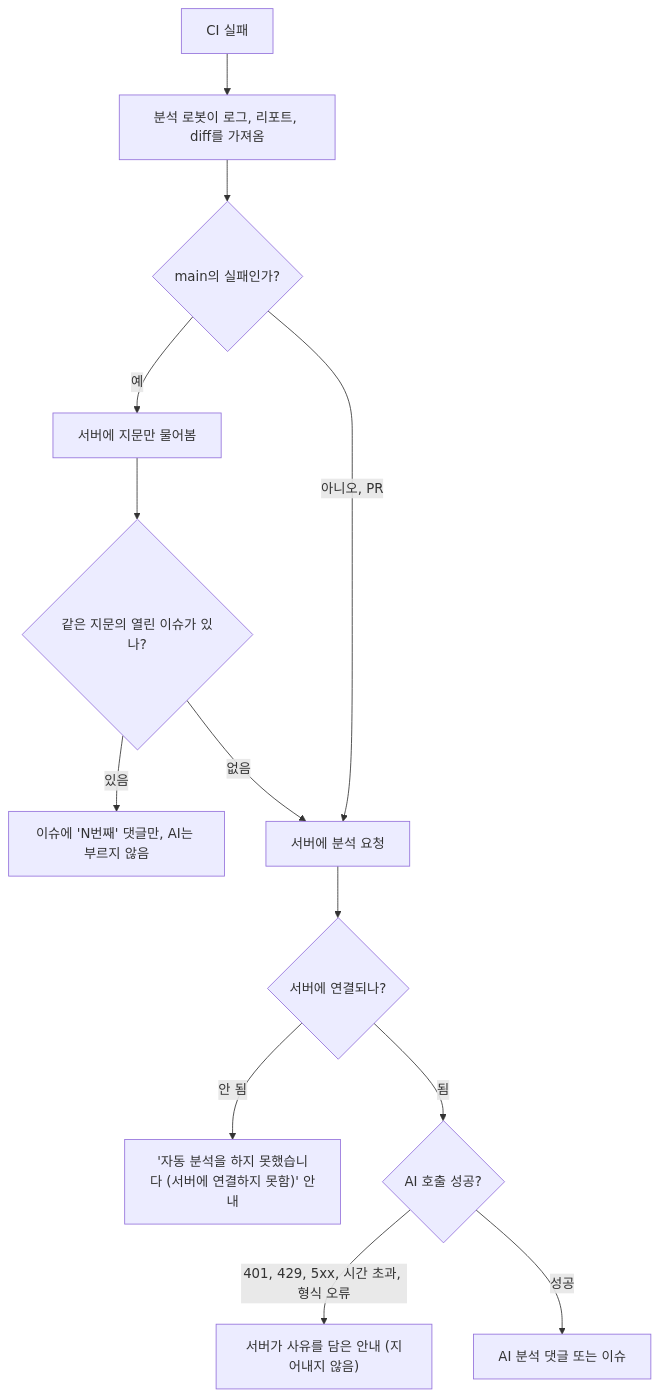
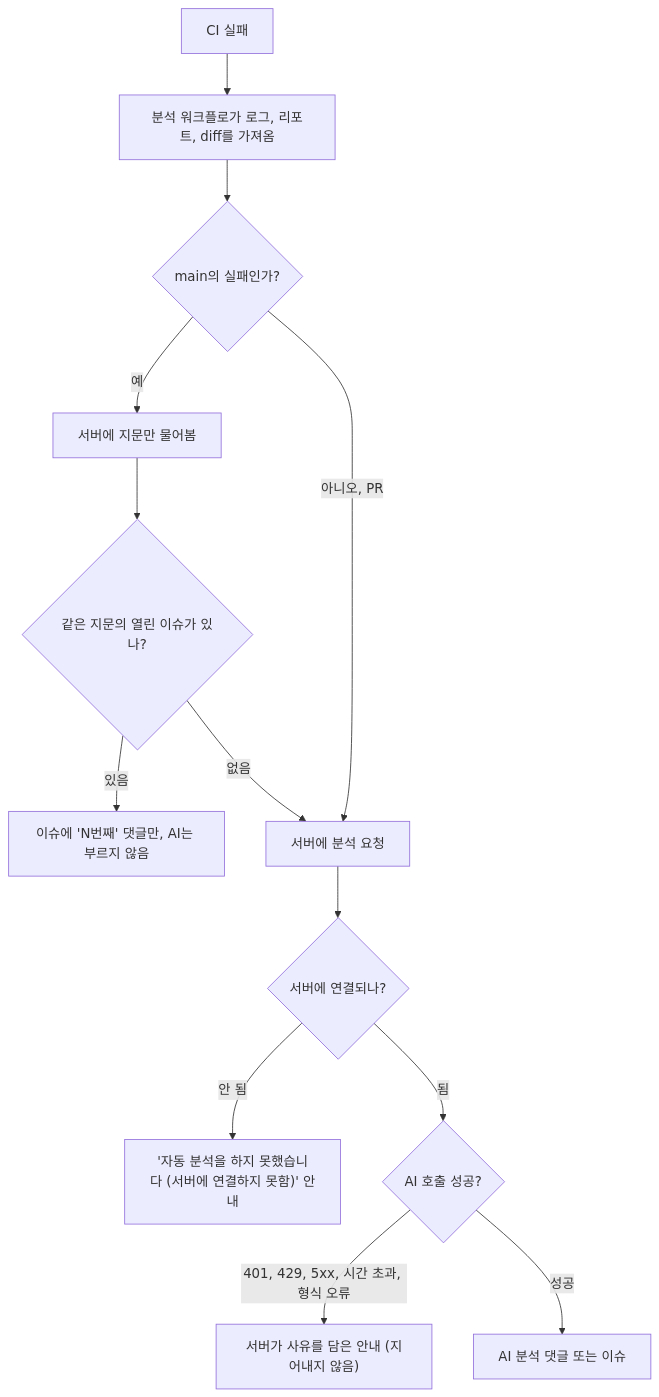
One commit to 7inug1/ci-failure-analyzer changed the second of 2 diagrams in docs/architecture.md. Above: the diagram before and after it, drawn with Mermaid. The commit also changed other lines of this file and 2 other files, not shown here.

````diff
--- a/docs/architecture.md
+++ b/docs/architecture.md
@@ -83,15 +106,15 @@
 ```mermaid
 flowchart TD
-    A[CI 실패] --> B[분석 로봇이 로그, 리포트, diff를 가져옴]
+    A[CI 실패] --> B[분석 워크플로가 로그, 리포트, diff를 가져옴]
     B --> C{main의 실패인가?}
     C -- 예 --> D[서버에 지문만 물어봄]
     D --> E{같은 지문의 열린 이슈가 있나?}
     E -- 있음 --> F["이슈에 'N번째' 댓글만, AI는 부르지 않음"]
     E -- 없음 --> G[서버에 분석 요청]
     C -- 아니오, PR --> G
     G --> H{서버에 연결되나?}
     H -- 안 됨 --> I["'자동 분석을 하지 못했습니다 (서버에 연결하지 못함)' 안내"]
     H -- 됨 --> J{AI 호출 성공?}
     J -- "401, 429, 5xx, 시간 초과, 형식 오류" --> K["서버가 사유를 담은 안내 (지어내지 않음)"]
     J -- 성공 --> L[AI 분석 댓글 또는 이슈]
 ```
````
